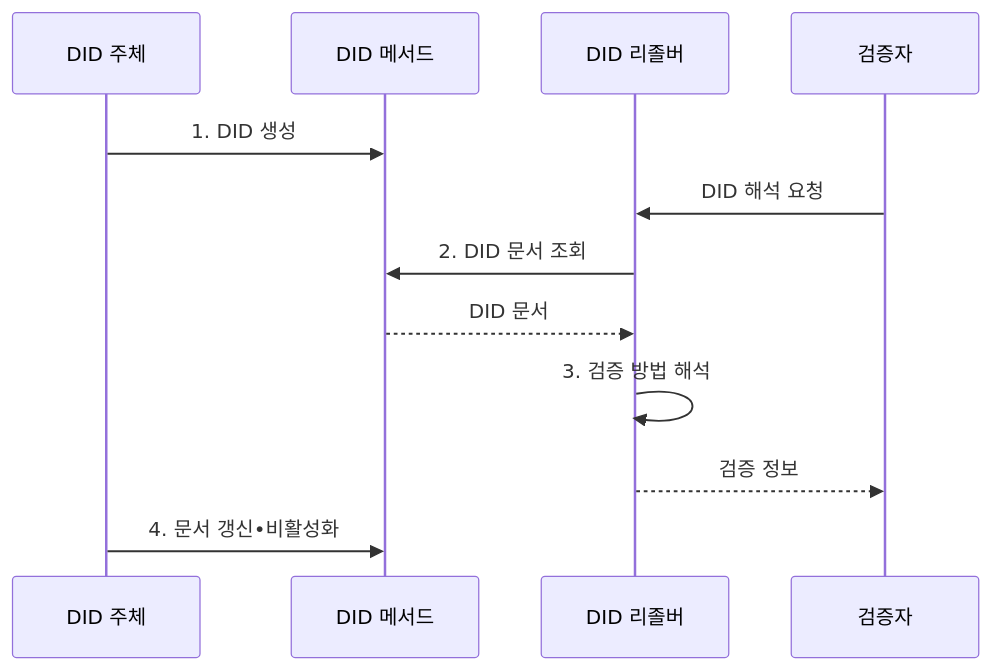
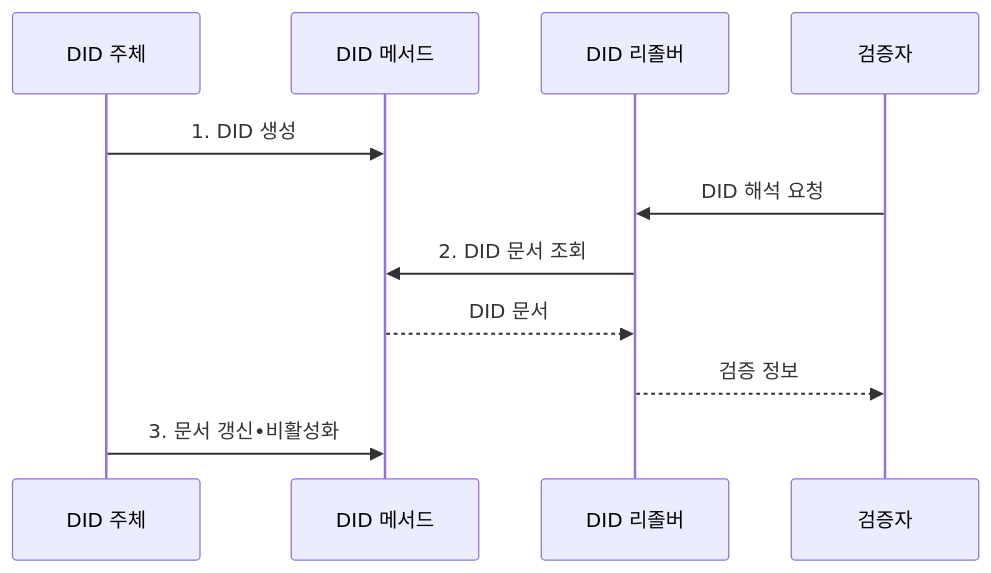
One commit to agnusdei1207/knowledge-base changed the second of 2 diagrams in src/content/docs/notes/08-latest-tech/220_did_decentralized_identifier.md. Above: the diagram before and after it, drawn with Mermaid. The commit also changed other lines of this file and 20 other files, not shown here.

````diff
--- a/src/content/docs/notes/08-latest-tech/220_did_decentralized_identifier.md
+++ b/src/content/docs/notes/08-latest-tech/220_did_decentralized_identifier.md
@@ -102,14 +104,13 @@
 ```mermaid
 sequenceDiagram
   participant S as DID 주체
   participant M as DID 메서드
   participant R as DID 리졸버
   participant V as 검증자
   S->>M: 1. DID 생성
   V->>R: DID 해석 요청
   R->>M: 2. DID 문서 조회
   M-->>R: DID 문서
-  R->>R: 3. 검증 방법 해석
   R-->>V: 검증 정보
-  S->>M: 4. 문서 갱신•비활성화
+  S->>M: 3. 문서 갱신•비활성화
 ```
````
